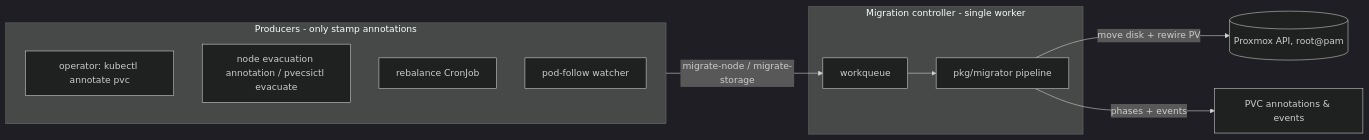
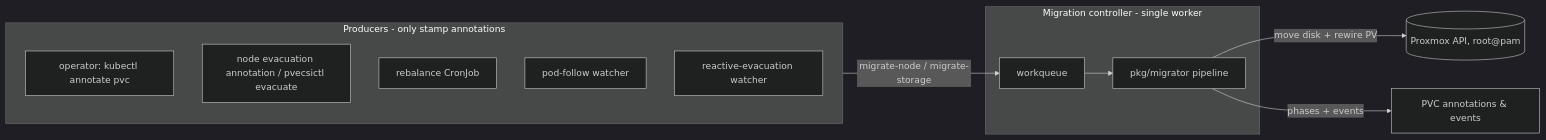
One commit to CrunchyMonkies/proxmox-csi-plugin changed the diagram in docs/migration-controller.md. Above: the diagram before and after it, drawn with Mermaid (dark theme). The commit also changed other lines of this file and 7 other files, not shown here.

````diff
--- a/docs/migration-controller.md
+++ b/docs/migration-controller.md
@@ -7,15 +7,16 @@
 ```mermaid
 flowchart LR
     subgraph producers [Producers - only stamp annotations]
         op[operator: kubectl annotate pvc]
         ev[node evacuation annotation / pvecsictl evacuate]
         rb[rebalance CronJob]
         pf[pod-follow watcher]
+        re[reactive-evacuation watcher]
     end
     subgraph controller [Migration controller - single worker]
         q[workqueue] --> mig[pkg/migrator pipeline]
     end
     producers -- "migrate-node / migrate-storage" --> q
     mig -- "move disk + rewire PV" --> pve[(Proxmox API, root@pam)]
     mig -- "phases + events" --> pvc[PVC annotations & events]
 ```
````
